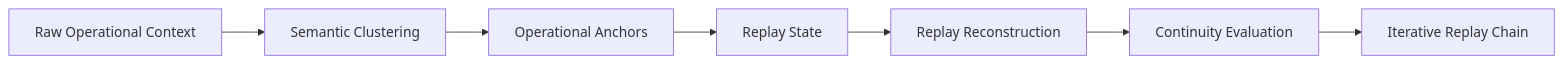
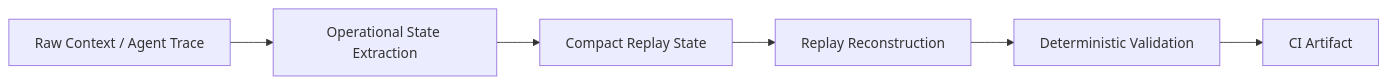
The diagram in README.md (ProfRandom92/Comptextv7), drawn with Mermaid before and after one commit. The commit also changed other lines of this file, not shown here.

Commit message:
Refresh README hero and validation summary

````diff
--- a/README.md
+++ b/README.md
@@ -89,13 +25,9 @@
 ```mermaid
 flowchart LR
-    A[Raw Operational Context]
-    --> B[Semantic Clustering]
-
-    B --> C[Operational Anchors]
-    C --> D[Replay State]
-
-    D --> E[Replay Reconstruction]
-    E --> F[Continuity Evaluation]
-
-    F --> G[Iterative Replay Chain]
+    A[Raw Context / Agent Trace]
+    --> B[Operational State Extraction]
+    B --> C[Compact Replay State]
+    C --> D[Replay Reconstruction]
+    D --> E[Deterministic Validation]
+    E --> F[CI Artifact]
 ```
````
